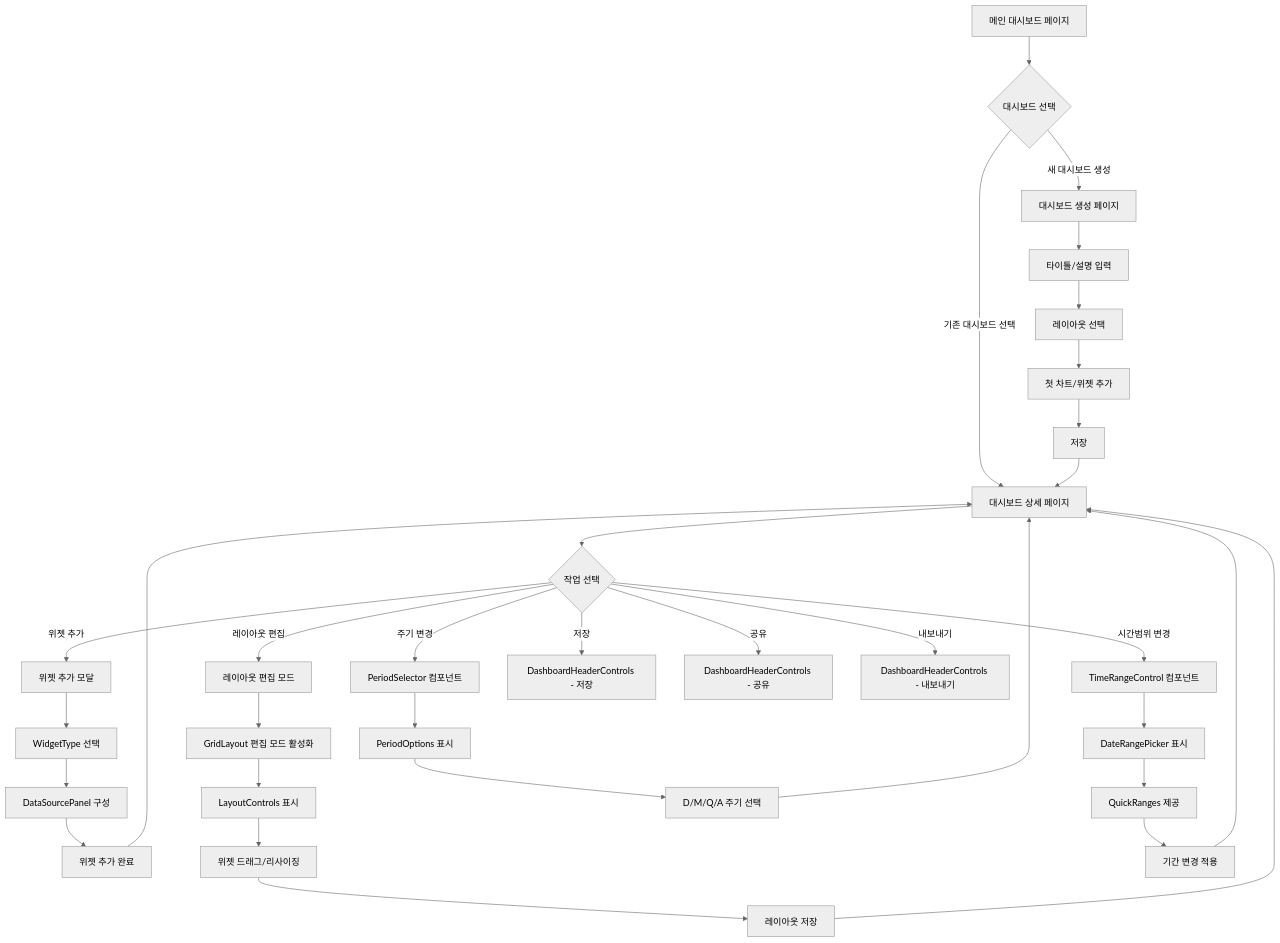
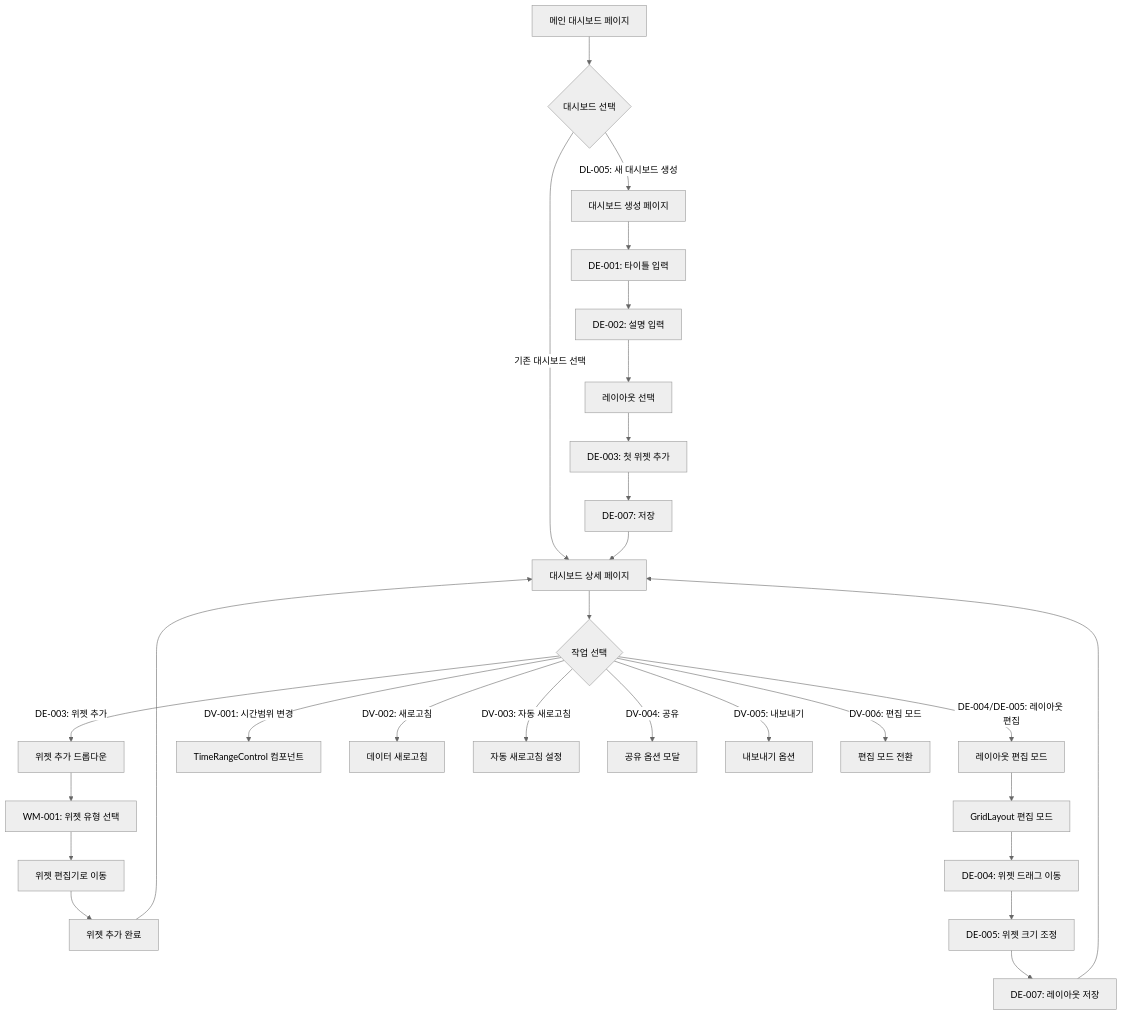
Before and after one commit to Seungwoo321/etorch-docs: the fourth of 19 diagrams in ui-design/user-flows.md, drawn with Mermaid (neutral theme). The commit also changed other lines of this file, not shown here.

````diff
--- a/ui-design/user-flows.md
+++ b/ui-design/user-flows.md
@@ -149,41 +149,34 @@
 ```mermaid
 flowchart TD
     A[메인 대시보드 페이지] --> B{대시보드 선택}
-    B -->|새 대시보드 생성| C[대시보드 생성 페이지]
+    B -->|DL-005: 새 대시보드 생성| C[대시보드 생성 페이지]
     B -->|기존 대시보드 선택| D[대시보드 상세 페이지]
     
-    C --> E[타이틀/설명 입력]
-    E --> F[레이아웃 선택]
-    F --> G[첫 차트/위젯 추가]
-    G --> H[저장]
-    H --> D
+    C --> E[DE-001: 타이틀 입력]
+    E --> F[DE-002: 설명 입력]
+    F --> G[레이아웃 선택]
+    G --> H[DE-003: 첫 위젯 추가]
+    H --> I[DE-007: 저장]
+    I --> D
     
-    D --> I{작업 선택}
-    I -->|위젯 추가| J[위젯 추가 모달]
-    I -->|레이아웃 편집| K[레이아웃 편집 모드]
-    I -->|시간범위 변경| L[TimeRangeControl 컴포넌트]
-    I -->|주기 변경| M[PeriodSelector 컴포넌트]
-    I -->|저장| N[DashboardHeaderControls - 저장]
-    I -->|공유| O[DashboardHeaderControls - 공유]
-    I -->|내보내기| P[DashboardHeaderControls - 내보내기]
+    D --> J{작업 선택}
+    J -->|DE-003: 위젯 추가| K[위젯 추가 드롭다운]
+    J -->|DE-004/DE-005: 레이아웃 편집| L[레이아웃 편집 모드]
+    J -->|DV-001: 시간범위 변경| M[TimeRangeControl 컴포넌트]
+    J -->|DV-002: 새로고침| N[데이터 새로고침]
+    J -->|DV-003: 자동 새로고침| O[자동 새로고침 설정]
+    J -->|DV-004: 공유| P[공유 옵션 모달]
+    J -->|DV-005: 내보내기| Q[내보내기 옵션]
+    J -->|DV-006: 편집 모드| R[편집 모드 전환]
     
-    J --> Q[WidgetType 선택]
-    Q --> R[DataSourcePanel 구성]
-    R --> S[위젯 추가 완료]
-    S --> D
+    K --> S[WM-001: 위젯 유형 선택]
+    S --> T[위젯 편집기로 이동]
+    T --> U[위젯 추가 완료]
+    U --> D
     
-    K --> T1[GridLayout 편집 모드 활성화]
-    T1 --> T2[LayoutControls 표시]
-    T2 --> T3[위젯 드래그/리사이징]
-    T3 --> T4[레이아웃 저장]
-    T4 --> D
-    
-    L --> U1[DateRangePicker 표시]
-    U1 --> U2[QuickRanges 제공]
-    U2 --> U3[기간 변경 적용]
-    U3 --> D
-    
-    M --> V1[PeriodOptions 표시]
-    V1 --> V2[D/M/Q/A 주기 선택]
-    V2 --> D
+    L --> V[GridLayout 편집 모드]
+    V --> W[DE-004: 위젯 드래그 이동]
+    W --> X[DE-005: 위젯 크기 조정]
+    X --> Y[DE-007: 레이아웃 저장]
+    Y --> D
 ```
````
